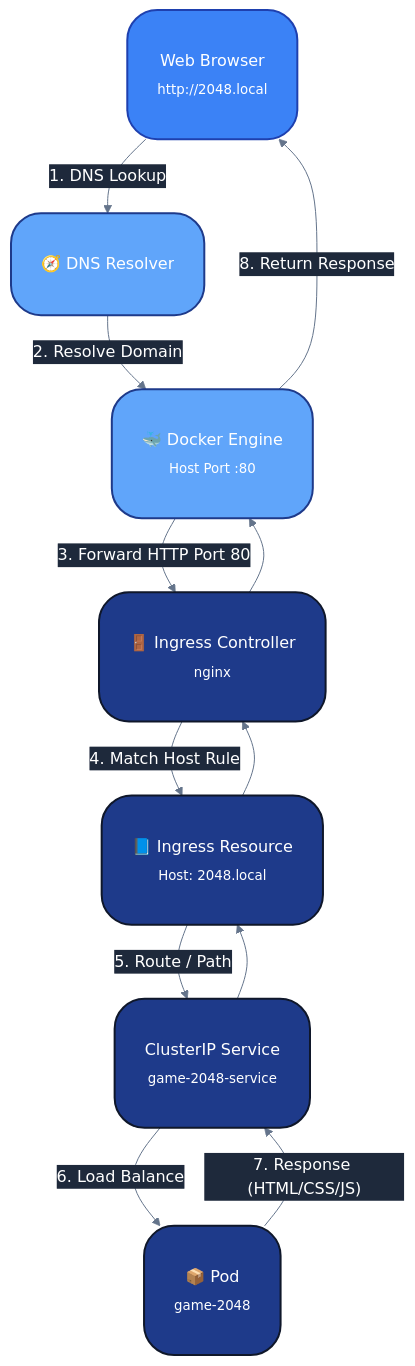
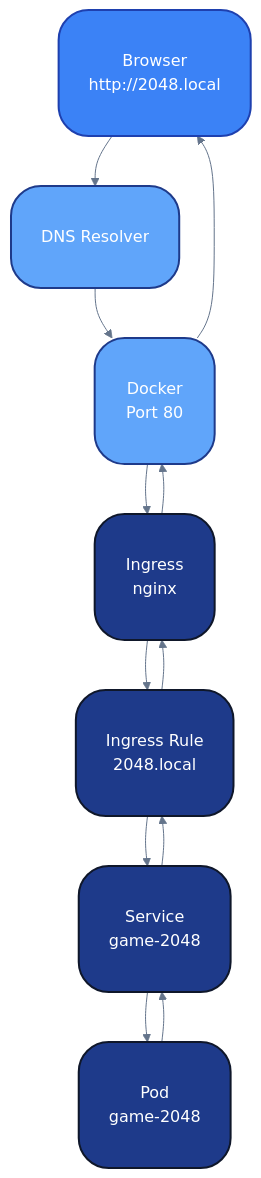
One commit to kadirariklar/game-2048-for-k8s changed the second of 2 diagrams in README.md. Above: the diagram before and after it, drawn with Mermaid.

Commit message:
Edited README file.

````diff
--- a/README.md
+++ b/README.md
@@ -562,44 +562,43 @@
 ```mermaid
 %%{init: {
   "theme": "base",
   "themeVariables": {
     "primaryColor": "#2563EB",
     "primaryTextColor": "#FFFFFF",
     "primaryBorderColor": "#1E40AF",
     "clusterBkg": "#0F172A",
     "clusterBorder": "#1E293B",
     "edgeLabelBackground": "#1E293B",
     "lineColor": "#64748B",
     "fontFamily": "Inter, sans-serif"
   }
 }}%%
 flowchart TD
-    Browser["Web Browser<br><sub>http://2048.local</sub>"]:::client
-    DNS["🧭 DNS Resolver"]:::infra
-    Docker["🐳 Docker Engine<br><sub>Host Port :80</sub>"]:::infra
-    Ingress["🚪 Ingress Controller<br><sub>nginx</sub>"]:::k8s
-    Rule["📘 Ingress Resource<br><sub>Host: 2048.local</sub>"]:::k8s
-    Service["ClusterIP Service<br><sub>game-2048-service</sub>"]:::k8s
-    Pod["📦 Pod<br><sub>game-2048</sub>"]:::k8s
+    Browser["Browser<br>http://2048.local"]:::client
+    DNS["DNS Resolver"]:::infra
+    Docker["Docker<br>Port 80"]:::infra
+    Ingress["Ingress<br>nginx"]:::k8s
+    Rule["Ingress Rule<br>2048.local"]:::k8s
+    Service["Service<br>game-2048"]:::k8s
+    Pod["Pod<br>game-2048"]:::k8s
 
     %% Vertical flow
-    Browser -->|"1. DNS Lookup"| DNS
-    DNS -->|"2. Resolve Domain"| Docker
-    Docker -->|"3. Forward HTTP Port 80"| Ingress
-    Ingress -->|"4. Match Host Rule"| Rule
-    Rule -->|"5. Route / Path"| Service
-    Service -->|"6. Load Balance"| Pod
-    Pod -->|"7. Response (HTML/CSS/JS)"| Service
+    Browser --> DNS
+    DNS --> Docker
+    Docker --> Ingress
+    Ingress --> Rule
+    Rule --> Service
+    Service --> Pod
+    Pod --> Service
     Service --> Rule
     Rule --> Ingress
     Ingress --> Docker
-    Docker -->|"8. Return Response"| Browser
+    Docker --> Browser
 
     %% Style
     classDef client fill:#3B82F6,stroke:#1E40AF,color:#FFFFFF,rx:30,ry:30,stroke-width:2px,padding:60px;
     classDef infra fill:#60A5FA,stroke:#1E3A8A,color:#FFFFFF,rx:30,ry:30,stroke-width:2px,padding:60px;
     classDef k8s fill:#1E3A8A,stroke:#0F172A,color:#FFFFFF,rx:30,ry:30,stroke-width:2px,padding:60px;
 
 
-
 ```
````
